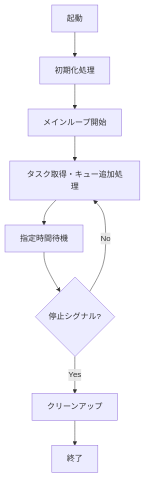
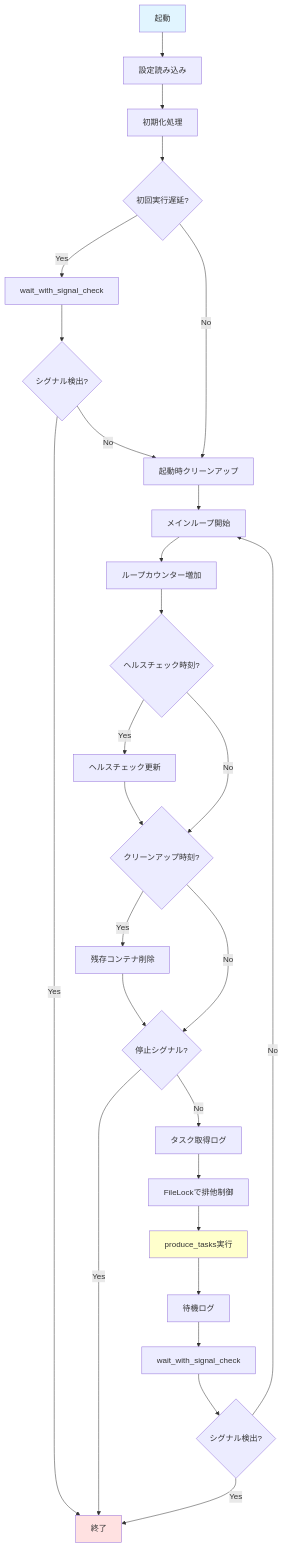
One commit to notfolder/coding_agent changed the second of 6 diagrams in docs/spec/CONTINUOUS_MODE_SPECIFICATION.md. Above: the diagram before and after it, drawn with Mermaid. The commit also changed other lines of this file and 19 other files, not shown here.

````diff
--- a/docs/spec/CONTINUOUS_MODE_SPECIFICATION.md
+++ b/docs/spec/CONTINUOUS_MODE_SPECIFICATION.md
@@ -84,11 +303,37 @@
 ```mermaid
 flowchart TD
-    A[起動] --> B[初期化処理]
-    B --> C[メインループ開始]
-    C --> D[タスク取得・キュー追加処理]
-    D --> E[指定時間待機]
-    E --> F{停止シグナル?}
-    F -->|Yes| G[クリーンアップ]
-    F -->|No| D
-    G --> H[終了]
+    A[起動] --> B[設定読み込み]
+    B --> C[初期化処理]
+    C --> D{初回実行遅延?}
+    D -->|Yes| E[wait_with_signal_check]
+    E --> F{シグナル検出?}
+    F -->|Yes| Z[終了]
+    F -->|No| G
+    D -->|No| G[起動時クリーンアップ]
+    
+    G --> H[メインループ開始]
+    H --> I[ループカウンター増加]
+    I --> J{ヘルスチェック時刻?}
+    J -->|Yes| K[ヘルスチェック更新]
+    K --> L
+    J -->|No| L{クリーンアップ時刻?}
+    
+    L -->|Yes| M[残存コンテナ削除]
+    M --> N
+    L -->|No| N{停止シグナル?}
+    
+    N -->|Yes| Z
+    N -->|No| O[タスク取得ログ]
+    
+    O --> P[FileLockで排他制御]
+    P --> Q[produce_tasks実行]
+    Q --> R[待機ログ]
+    R --> S[wait_with_signal_check]
+    S --> T{シグナル検出?}
+    T -->|Yes| Z
+    T -->|No| H
+    
+    style A fill:#e1f5ff
+    style Z fill:#ffe1e1
+    style Q fill:#ffffcc
 ```
````
